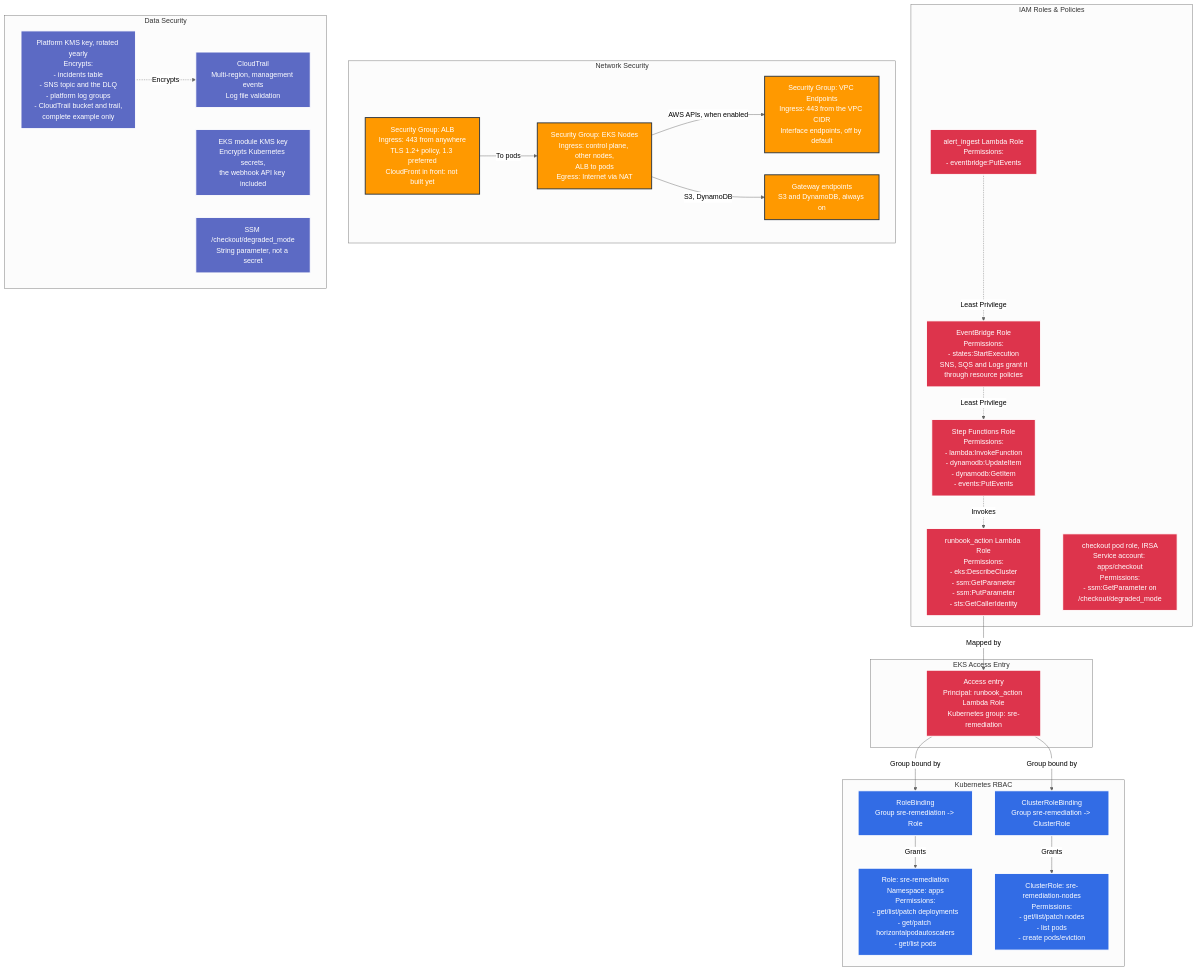
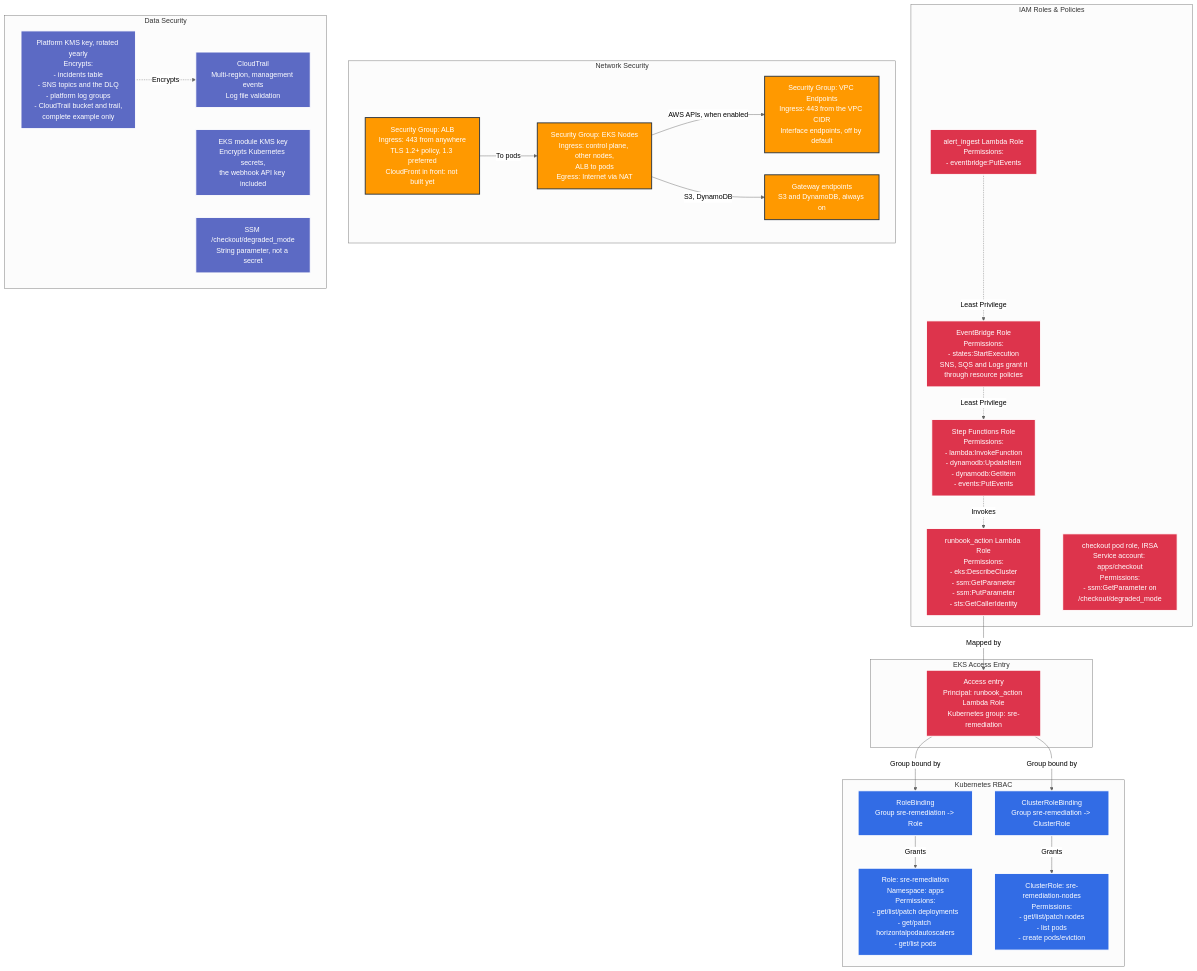
One commit to amrutp24/event-driven-sre-platform changed the fourth of 4 diagrams in docs/architecture/README.md. Above: the diagram before and after it, drawn with Mermaid (neutral theme). The commit also changed other lines of this file and 28 other files, not shown here.

````diff
--- a/docs/architecture/README.md
+++ b/docs/architecture/README.md
@@ -275,61 +279,61 @@
 ```mermaid
 graph TB
     subgraph "IAM Roles & Policies"
         R1[alert_ingest Lambda Role<br/>Permissions:<br/>- eventbridge:PutEvents]
         R2[runbook_action Lambda Role<br/>Permissions:<br/>- eks:DescribeCluster<br/>- ssm:GetParameter<br/>- ssm:PutParameter<br/>- sts:GetCallerIdentity]
         R3[EventBridge Role<br/>Permissions:<br/>- states:StartExecution<br/>SNS, SQS and Logs grant it<br/>through resource policies]
         R4[Step Functions Role<br/>Permissions:<br/>- lambda:InvokeFunction<br/>- dynamodb:UpdateItem<br/>- dynamodb:GetItem<br/>- events:PutEvents]
         R5[checkout pod role, IRSA<br/>Service account: apps/checkout<br/>Permissions:<br/>- ssm:GetParameter on<br/>/checkout/degraded_mode]
     end
 
     subgraph "EKS Access Entry"
         AE[Access entry<br/>Principal: runbook_action Lambda Role<br/>Kubernetes group: sre-remediation]
     end
 
     subgraph "Kubernetes RBAC"
         Role[Role: sre-remediation<br/>Namespace: apps<br/>Permissions:<br/>- get/list/patch deployments<br/>- get/patch horizontalpodautoscalers<br/>- get/list pods]
         RB[RoleBinding<br/>Group sre-remediation -> Role]
         CRole[ClusterRole: sre-remediation-nodes<br/>Permissions:<br/>- get/list/patch nodes<br/>- list pods<br/>- create pods/eviction]
         CRB[ClusterRoleBinding<br/>Group sre-remediation -> ClusterRole]
     end
 
     subgraph "Network Security"
         SG1[Security Group: EKS Nodes<br/>Ingress: control plane, other nodes,<br/>ALB to pods<br/>Egress: Internet via NAT]
         SG2[Security Group: ALB<br/>Ingress: 443 from anywhere<br/>TLS 1.2+ policy, 1.3 preferred<br/>CloudFront in front: not built yet]
         SG3[Security Group: VPC Endpoints<br/>Ingress: 443 from the VPC CIDR<br/>Interface endpoints, off by default]
         GW[Gateway endpoints<br/>S3 and DynamoDB, always on]
     end
 
     subgraph "Data Security"
-        KMS[Platform KMS key, rotated yearly<br/>Encrypts:<br/>- incidents table<br/>- SNS topic and the DLQ<br/>- platform log groups<br/>- CloudTrail bucket and trail,<br/>complete example only]
+        KMS[Platform KMS key, rotated yearly<br/>Encrypts:<br/>- incidents table<br/>- SNS topics and the DLQ<br/>- platform log groups<br/>- CloudTrail bucket and trail,<br/>complete example only]
         EKSKMS[EKS module KMS key<br/>Encrypts Kubernetes secrets,<br/>the webhook API key included]
         Trail[CloudTrail<br/>Multi-region, management events<br/>Log file validation]
         SSM_Flag[SSM /checkout/degraded_mode<br/>String parameter, not a secret]
     end
 
     R2 -->|Mapped by| AE
     AE -->|Group bound by| RB
     RB -->|Grants| Role
     AE -->|Group bound by| CRB
     CRB -->|Grants| CRole
 
     R1 -.->|Least Privilege| R3
     R3 -.->|Least Privilege| R4
     R4 -.->|Invokes| R2
 
     SG2 -->|To pods| SG1
     SG1 -->|AWS APIs, when enabled| SG3
     SG1 -->|S3, DynamoDB| GW
 
     KMS -.->|Encrypts| Trail
 
     classDef iam fill:#DD344C,stroke:#fff,stroke-width:2px,color:#fff
     classDef k8s fill:#326CE5,stroke:#fff,stroke-width:2px,color:#fff
     classDef network fill:#FF9900,stroke:#232F3E,stroke-width:2px,color:#fff
     classDef encryption fill:#5C6AC4,stroke:#fff,stroke-width:2px,color:#fff
 
     class R1,R2,R3,R4,R5,AE iam
     class Role,RB,CRole,CRB k8s
     class SG1,SG2,SG3,GW network
     class KMS,EKSKMS,Trail,SSM_Flag encryption
 ```
````
